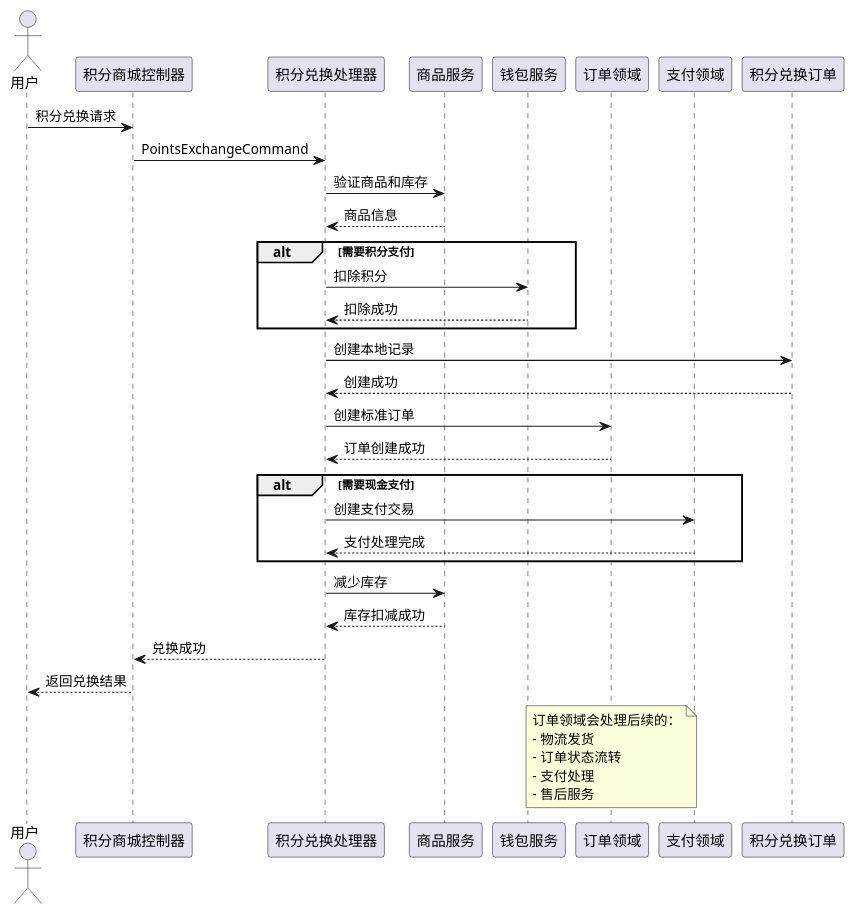
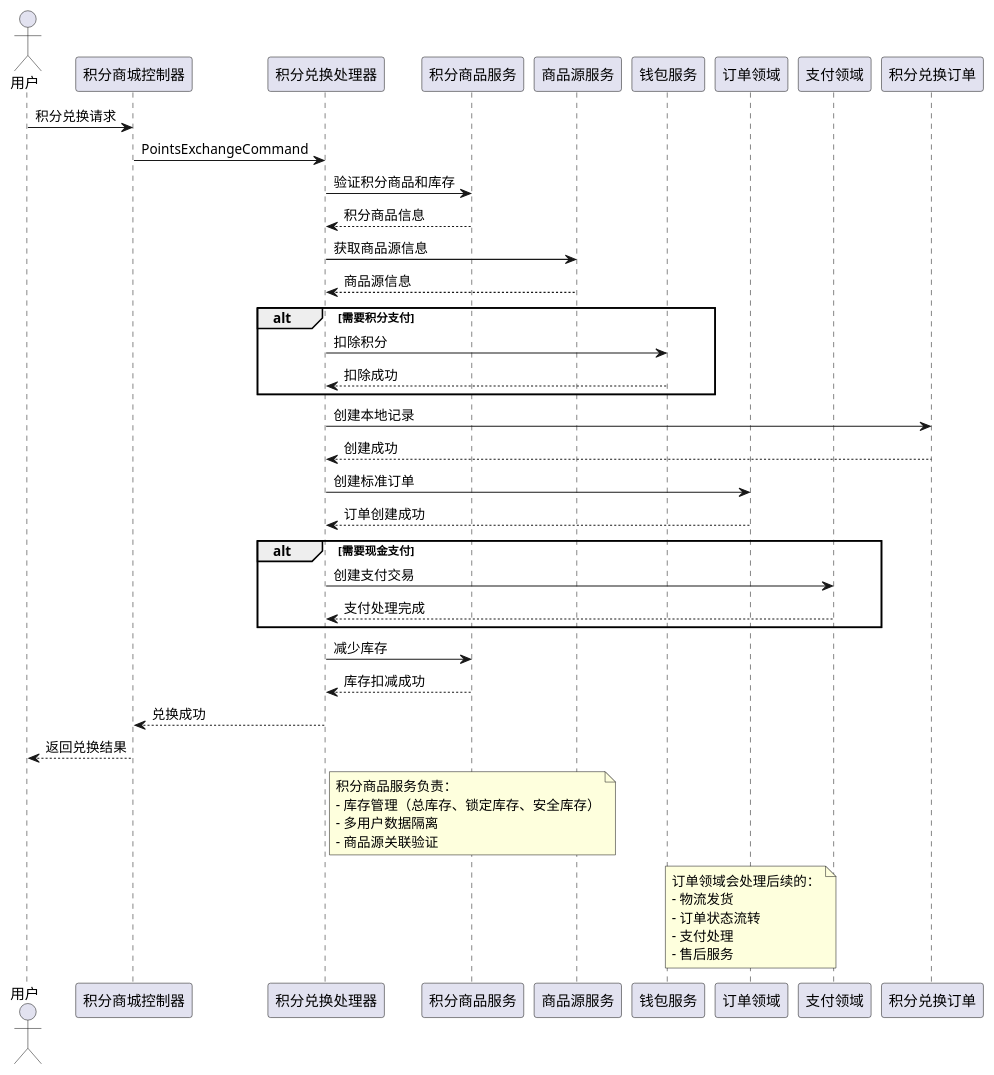
One commit to red-jasmine/framework changed the ninth of 12 diagrams in docs/points-mall/index.md. Above: the diagram before and after it, drawn with PlantUML. The commit also changed other lines of this file and 3 other files, not shown here.

````diff
--- a/docs/points-mall/index.md
+++ b/docs/points-mall/index.md
@@ -539,48 +667,59 @@
 ```plantuml
 @startuml
 actor 用户
 participant 积分商城控制器
 participant 积分兑换处理器
-participant 商品服务
+participant 积分商品服务
+participant 商品源服务
 participant 钱包服务
 participant 订单领域
 participant 支付领域
 participant 积分兑换订单
 
 用户 -> 积分商城控制器: 积分兑换请求
 积分商城控制器 -> 积分兑换处理器: PointsExchangeCommand
 
-积分兑换处理器 -> 商品服务: 验证商品和库存
-商品服务 --> 积分兑换处理器: 商品信息
+积分兑换处理器 -> 积分商品服务: 验证积分商品和库存
+积分商品服务 --> 积分兑换处理器: 积分商品信息
+
+积分兑换处理器 -> 商品源服务: 获取商品源信息
+商品源服务 --> 积分兑换处理器: 商品源信息
 
 alt 需要积分支付
     积分兑换处理器 -> 钱包服务: 扣除积分
     钱包服务 --> 积分兑换处理器: 扣除成功
 end
 
 积分兑换处理器 -> 积分兑换订单: 创建本地记录
 积分兑换订单 --> 积分兑换处理器: 创建成功
 
 积分兑换处理器 -> 订单领域: 创建标准订单
 订单领域 --> 积分兑换处理器: 订单创建成功
 
 alt 需要现金支付
     积分兑换处理器 -> 支付领域: 创建支付交易
     支付领域 --> 积分兑换处理器: 支付处理完成
 end
 
-积分兑换处理器 -> 商品服务: 减少库存
-商品服务 --> 积分兑换处理器: 库存扣减成功
+积分兑换处理器 -> 积分商品服务: 减少库存
+积分商品服务 --> 积分兑换处理器: 库存扣减成功
 
 积分兑换处理器 --> 积分商城控制器: 兑换成功
 积分商城控制器 --> 用户: 返回兑换结果
+
+note over 积分商品服务
+积分商品服务负责：
+- 库存管理（总库存、锁定库存、安全库存）
+- 多用户数据隔离
+- 商品源关联验证
+end note
 
 note over 订单领域
 订单领域会处理后续的：
 - 物流发货
 - 订单状态流转
 - 支付处理
 - 售后服务
 end note
 @enduml
 ```
````
